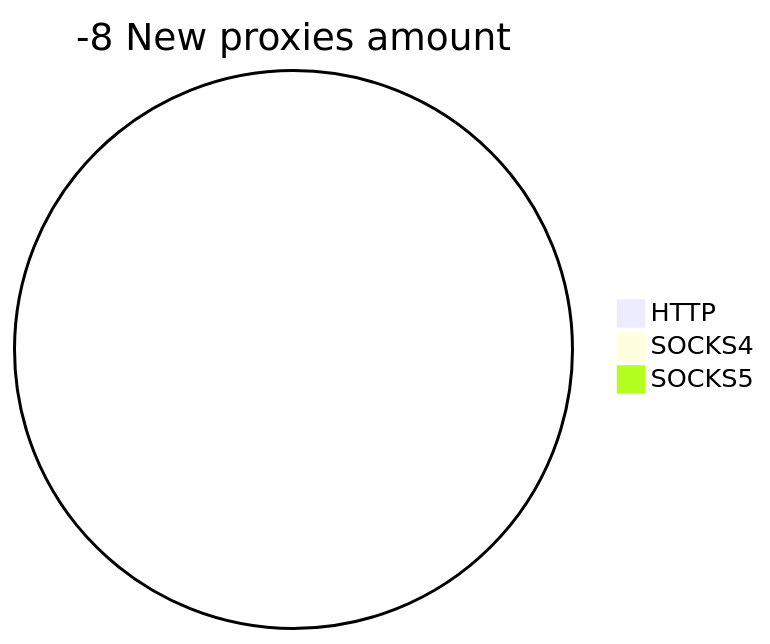
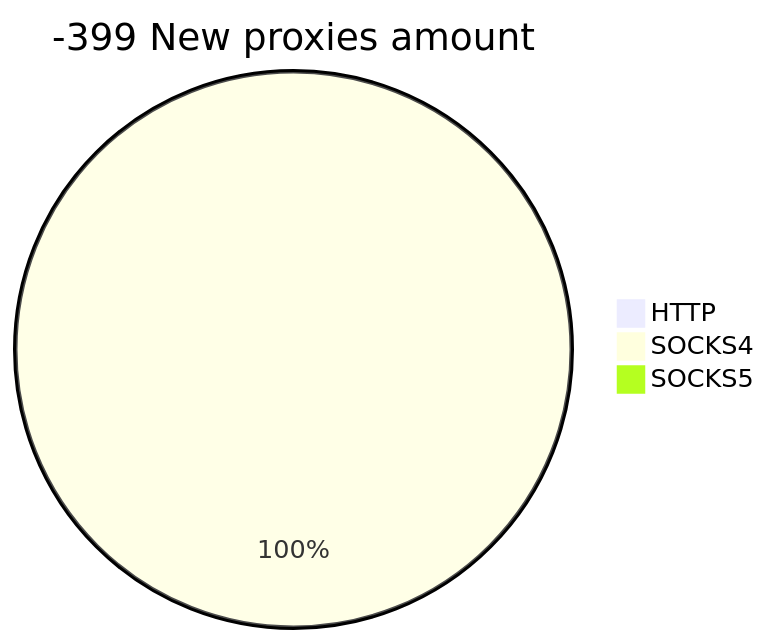
One commit to cutipu/proxylist changed the second of 2 diagrams in README.md. Above: the diagram before and after it, drawn with Mermaid. The commit also changed other lines of this file, not shown here.

````diff
--- a/README.md
+++ b/README.md
@@ -10,6 +10,6 @@
 ```mermaid
-pie title -8 New proxies amount
+pie title -399 New proxies amount
     "HTTP" : 0
-    "SOCKS4" : 0
+    "SOCKS4" : 2
     "SOCKS5" : 0
 ```
````
